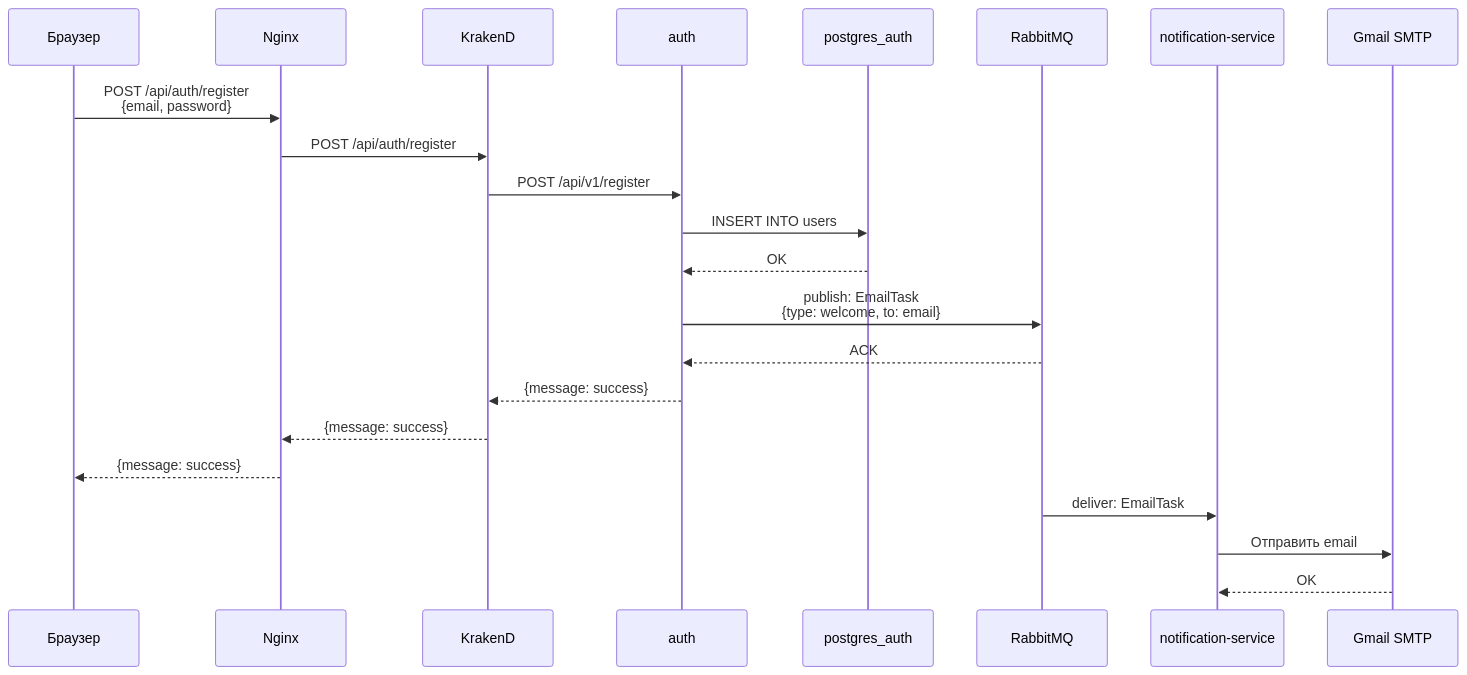
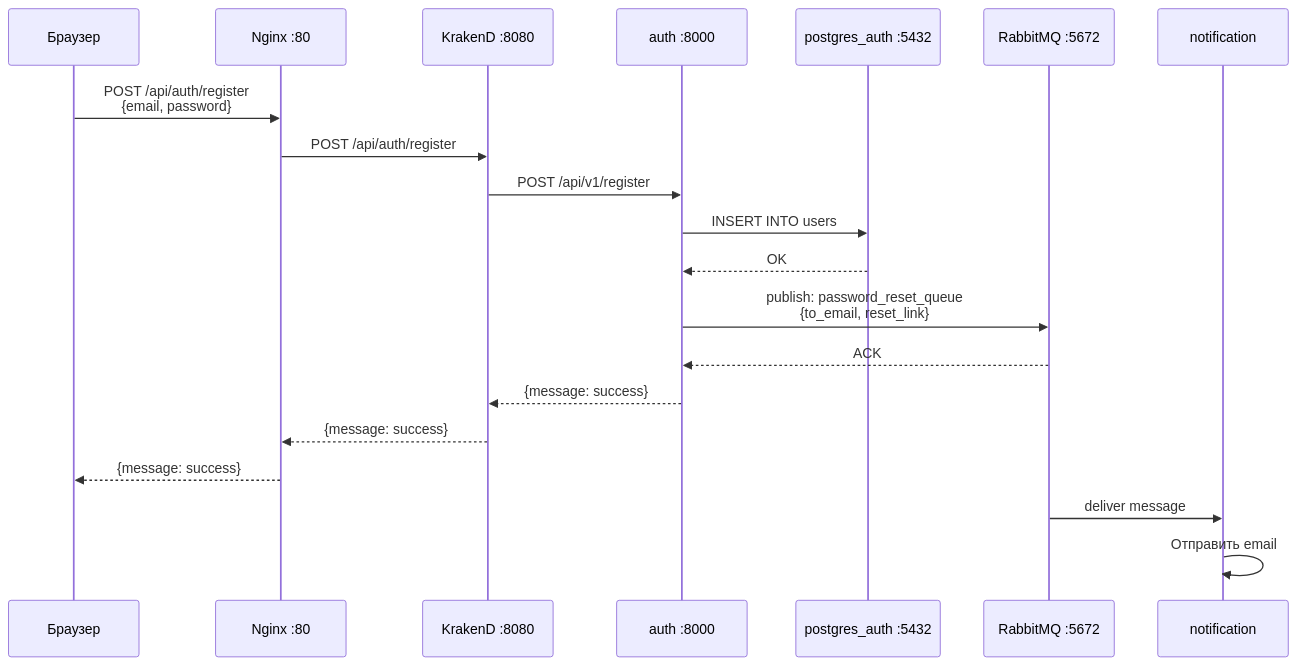
Before and after one commit to mindcoree/LoreLounge: the fourth of 5 diagrams in docs/architecture.md, drawn with Mermaid. The commit also changed other lines of this file and 1 other file, not shown here.

````diff
--- a/docs/architecture.md
+++ b/docs/architecture.md
@@ -111,26 +151,24 @@
 ```mermaid
 sequenceDiagram
     participant B as Браузер
-    participant N as Nginx
-    participant K as KrakenD
-    participant A as auth
-    participant PG as postgres_auth
-    participant RMQ as RabbitMQ
-    participant Notif as notification-service
-    participant SMTP as Gmail SMTP
+    participant N as Nginx :80
+    participant K as KrakenD :8080
+    participant A as auth :8000
+    participant PG as postgres_auth :5432
+    participant RMQ as RabbitMQ :5672
+    participant Notif as notification
 
     B->>N: POST /api/auth/register<br/>{email, password}
     N->>K: POST /api/auth/register
     K->>A: POST /api/v1/register
     A->>PG: INSERT INTO users
     PG-->>A: OK
-    A->>RMQ: publish: EmailTask<br/>{type: welcome, to: email}
+    A->>RMQ: publish: password_reset_queue<br/>{to_email, reset_link}
     RMQ-->>A: ACK
     A-->>K: {message: success}
     K-->>N: {message: success}
     N-->>B: {message: success}
 
-    RMQ->>Notif: deliver: EmailTask
-    Notif->>SMTP: Отправить email
-    SMTP-->>Notif: OK
+    RMQ->>Notif: deliver message
+    Notif->>Notif: Отправить email
 ```
````
